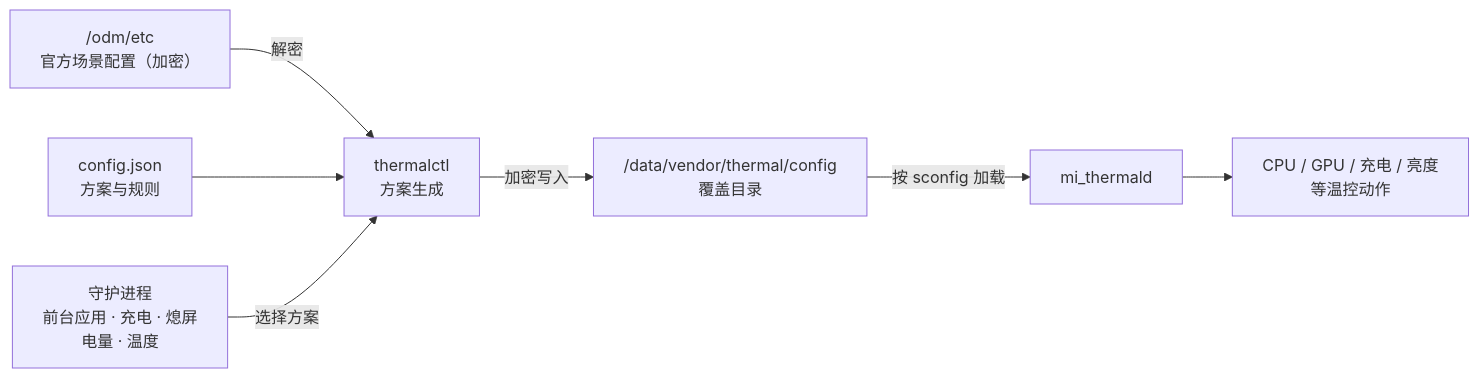
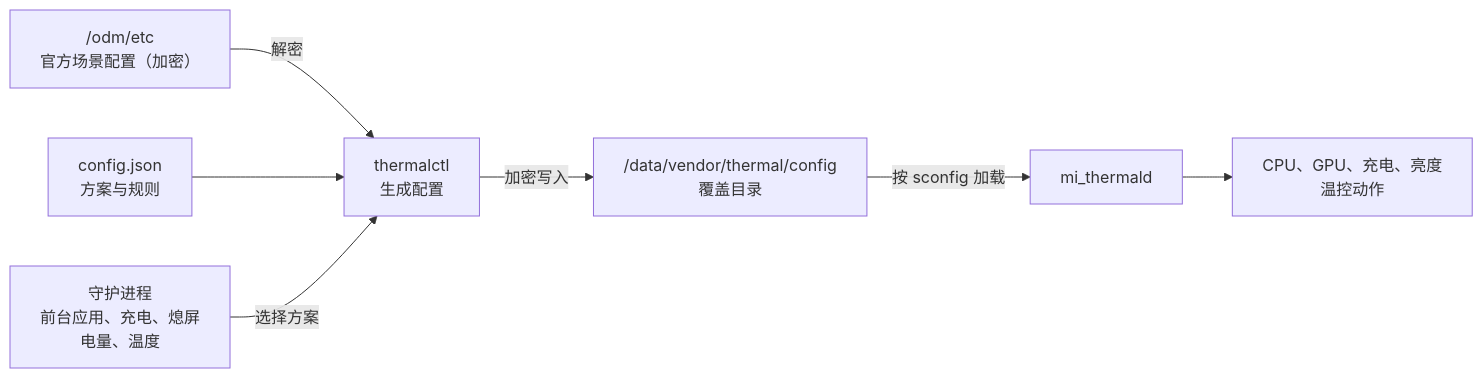
The diagram in README.md (MiChongs/MiThermalScheduler), drawn with Mermaid before and after one commit. The commit also changed other lines of this file and 18 other files, not shown here.

````diff
--- a/README.md
+++ b/README.md
@@ -189,9 +189,9 @@
 ```mermaid
 flowchart LR
-    A["/odm/etc<br/>官方场景配置（加密）"] -->|解密| B["thermalctl<br/>方案生成"]
+    A["/odm/etc<br/>官方场景配置（加密）"] -->|解密| B["thermalctl<br/>生成配置"]
     C["config.json<br/>方案与规则"] --> B
-    D["守护进程<br/>前台应用 · 充电 · 熄屏<br/>电量 · 温度"] -->|选择方案| B
+    D["守护进程<br/>前台应用、充电、熄屏<br/>电量、温度"] -->|选择方案| B
     B -->|加密写入| E["/data/vendor/thermal/config<br/>覆盖目录"]
     E -->|按 sconfig 加载| F["mi_thermald"]
-    F --> G["CPU / GPU / 充电 / 亮度<br/>等温控动作"]
+    F --> G["CPU、GPU、充电、亮度<br/>温控动作"]
 ```
````
